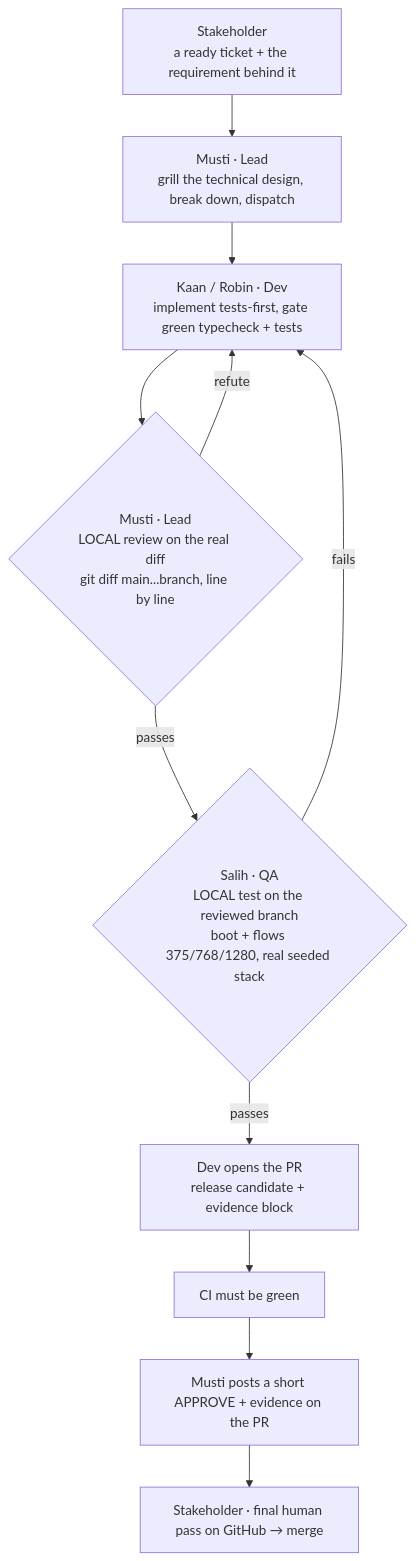
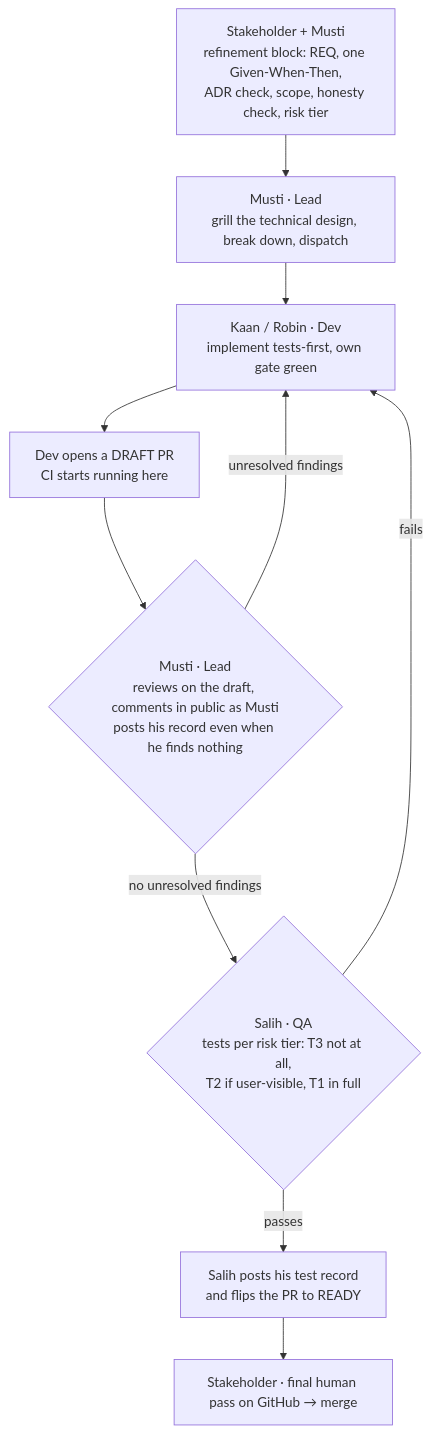
The diagram in docs/process/delivery-pipeline.md (NexusHero/Steuereule), drawn with Mermaid before and after one commit. The commit also changed other lines of this file and 7 other files, not shown here.

````diff
--- a/docs/process/delivery-pipeline.md
+++ b/docs/process/delivery-pipeline.md
@@ -17,13 +17,12 @@
 ```mermaid
 flowchart TD
-    A[Stakeholder<br/>a ready ticket + the requirement behind it] --> B[Musti · Lead<br/>grill the technical design, break down, dispatch]
-    B --> C[Kaan / Robin · Dev<br/>implement tests-first, gate green typecheck + tests]
-    C --> D{Musti · Lead<br/>LOCAL review on the real diff<br/>git diff main...branch, line by line}
-    D -- refute --> C
-    D -- passes --> E{Salih · QA<br/>LOCAL test on the reviewed branch<br/>boot + flows 375/768/1280, real seeded stack}
-    E -- fails --> C
-    E -- passes --> F[Dev opens the PR<br/>release candidate + evidence block]
-    F --> G[CI must be green]
-    G --> H[Musti posts a short APPROVE + evidence on the PR]
-    H --> I[Stakeholder · final human pass on GitHub → merge]
+    A[Stakeholder + Musti<br/>refinement block: REQ, one Given-When-Then,<br/>ADR check, scope, honesty check, risk tier] --> B[Musti · Lead<br/>grill the technical design, break down, dispatch]
+    B --> C[Kaan / Robin · Dev<br/>implement tests-first, own gate green]
+    C --> D[Dev opens a DRAFT PR<br/>CI starts running here]
+    D --> E{Musti · Lead<br/>reviews on the draft, comments in public as Musti<br/>posts his record even when he finds nothing}
+    E -- unresolved findings --> C
+    E -- no unresolved findings --> F{Salih · QA<br/>tests per risk tier: T3 not at all,<br/>T2 if user-visible, T1 in full}
+    F -- fails --> C
+    F -- passes --> G[Salih posts his test record<br/>and flips the PR to READY]
+    G --> H[Stakeholder · final human pass on GitHub → merge]
 ```
````
